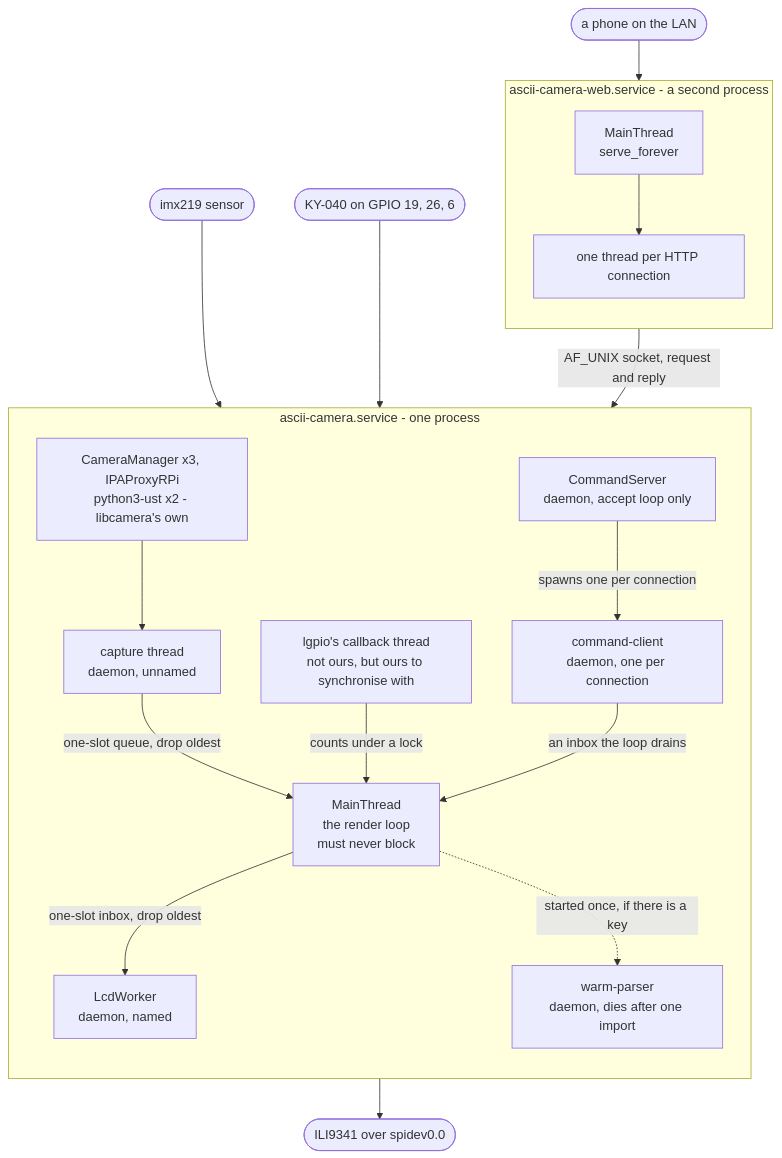
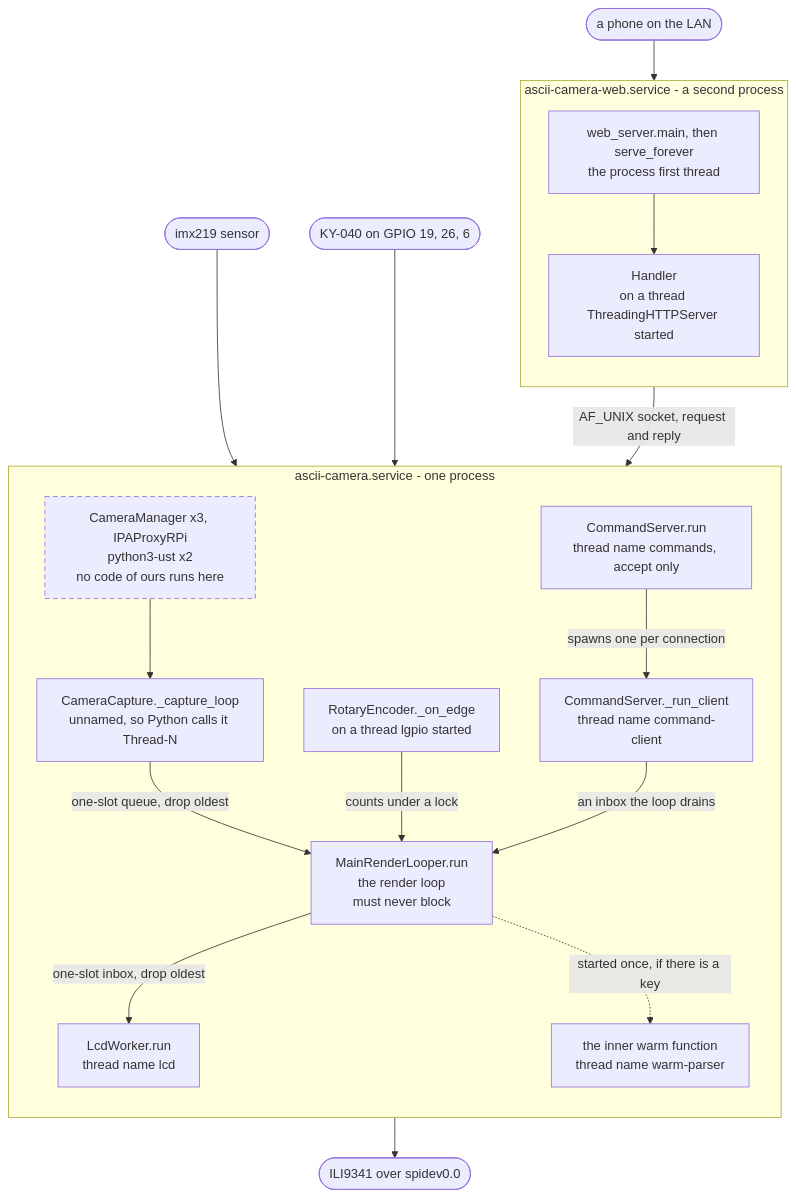
Before and after one commit to replicant1/AsciiArt-Pi: the diagram in docs/subsystems/threads.md, drawn with Mermaid. The commit also changed other lines of this file, not shown here.

First line of the commit message:
docs: threads.md distinguishes whose code runs, and stops inventing names

````diff
--- a/docs/subsystems/threads.md
+++ b/docs/subsystems/threads.md
@@ -31,39 +38,42 @@
 ```mermaid
 flowchart TB
     subgraph CAMPROC["ascii-camera.service - one process"]
         direction TB
-        MAIN["MainThread<br/>the render loop<br/>must never block"]
-        CAP["capture thread<br/>daemon, unnamed"]
-        LCDW["LcdWorker<br/>daemon, named"]
-        CMD["CommandServer<br/>daemon, accept loop only"]
-        CLIENT["command-client<br/>daemon, one per connection"]
-        WARM["warm-parser<br/>daemon, dies after one import"]
-        GPIO["lgpio's callback thread<br/>not ours, but ours to synchronise with"]
-        LIBCAM["CameraManager x3, IPAProxyRPi<br/>python3-ust x2 - libcamera's own"]
+        MAIN["MainRenderLooper.run<br/>the render loop<br/>must never block"]
+        CAP["CameraCapture._capture_loop<br/>unnamed, so Python calls it Thread-N"]
+        LCDW["LcdWorker.run<br/>thread name lcd"]
+        CMD["CommandServer.run<br/>thread name commands, accept only"]
+        CLIENT["CommandServer._run_client<br/>thread name command-client"]
+        WARM["the inner warm function<br/>thread name warm-parser"]
+        GPIO["RotaryEncoder._on_edge<br/>on a thread lgpio started"]
+        LIBCAM["CameraManager x3, IPAProxyRPi<br/>python3-ust x2<br/>no code of ours runs here"]
     end
 
     subgraph WEBPROC["ascii-camera-web.service - a second process"]
         direction TB
-        WMAIN["MainThread<br/>serve_forever"]
-        WCONN["one thread per HTTP connection"]
+        WMAIN["web_server.main, then serve_forever<br/>the process first thread"]
+        WCONN["Handler<br/>on a thread ThreadingHTTPServer started"]
     end
 
     PHONE(["a phone on the LAN"])
     SENSOR(["imx219 sensor"])
     PANEL(["ILI9341 over spidev0.0"])
     KNOB(["KY-040 on GPIO 19, 26, 6"])
 
     SENSOR --> LIBCAM
     LIBCAM --> CAP
     CAP -->|"one-slot queue, drop oldest"| MAIN
     MAIN -->|"one-slot inbox, drop oldest"| LCDW
     LCDW --> PANEL
     KNOB --> GPIO
     GPIO -->|"counts under a lock"| MAIN
     PHONE --> WMAIN
     WMAIN --> WCONN
     WCONN -->|"AF_UNIX socket, request and reply"| CMD
     CMD -->|"spawns one per connection"| CLIENT
     CLIENT -->|"an inbox the loop drains"| MAIN
     MAIN -.->|"started once, if there is a key"| WARM
+
+    classDef foreign stroke-dasharray: 6 4
+    class LIBCAM foreign
 ```
````
